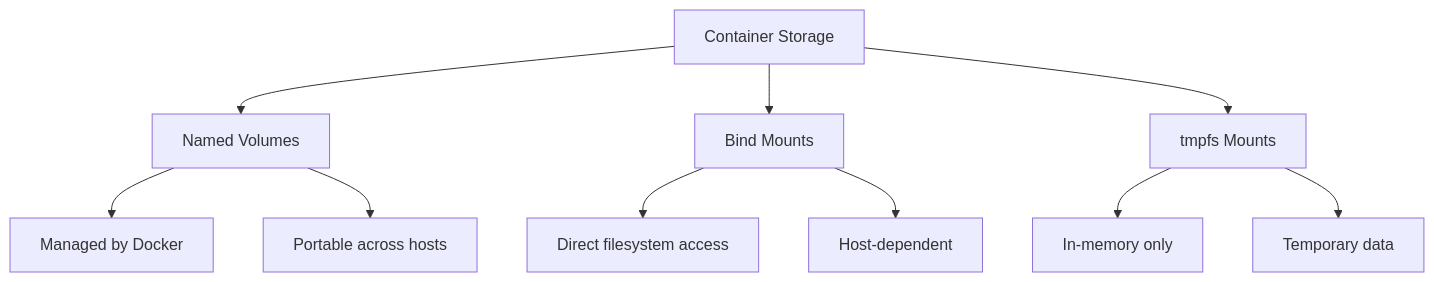
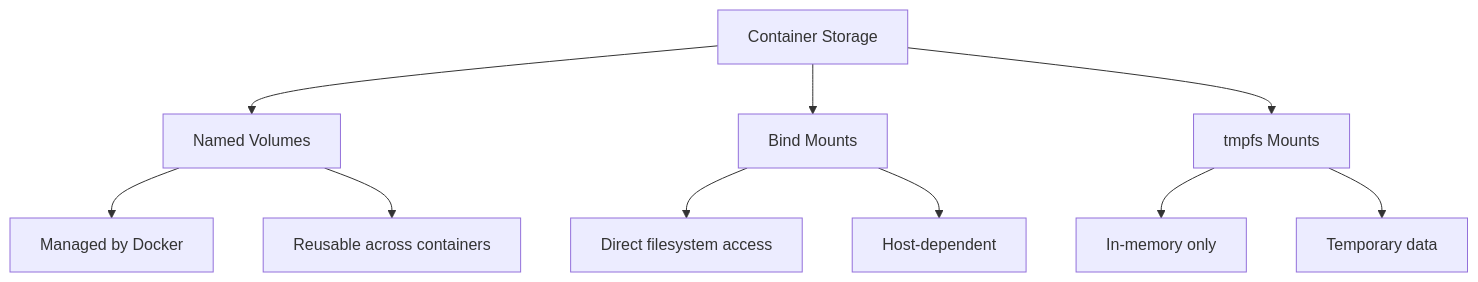
The diagram in posts/2026-02-21-how-to-use-ansible-to-configure-container-storage/README.md (OneUptime/blog), drawn with Mermaid before and after one commit. The commit also changed other lines of this file and 2 other files, not shown here.

````diff
--- a/posts/2026-02-21-how-to-use-ansible-to-configure-container-storage/README.md
+++ b/posts/2026-02-21-how-to-use-ansible-to-configure-container-storage/README.md
@@ -17,12 +17,12 @@
 ```mermaid
 graph TD
     A[Container Storage] --> B[Named Volumes]
     A --> C[Bind Mounts]
     A --> D[tmpfs Mounts]
     B --> B1[Managed by Docker]
-    B --> B2[Portable across hosts]
+    B --> B2[Reusable across containers]
     C --> C1[Direct filesystem access]
     C --> C2[Host-dependent]
     D --> D1[In-memory only]
     D --> D2[Temporary data]
 ```
````
